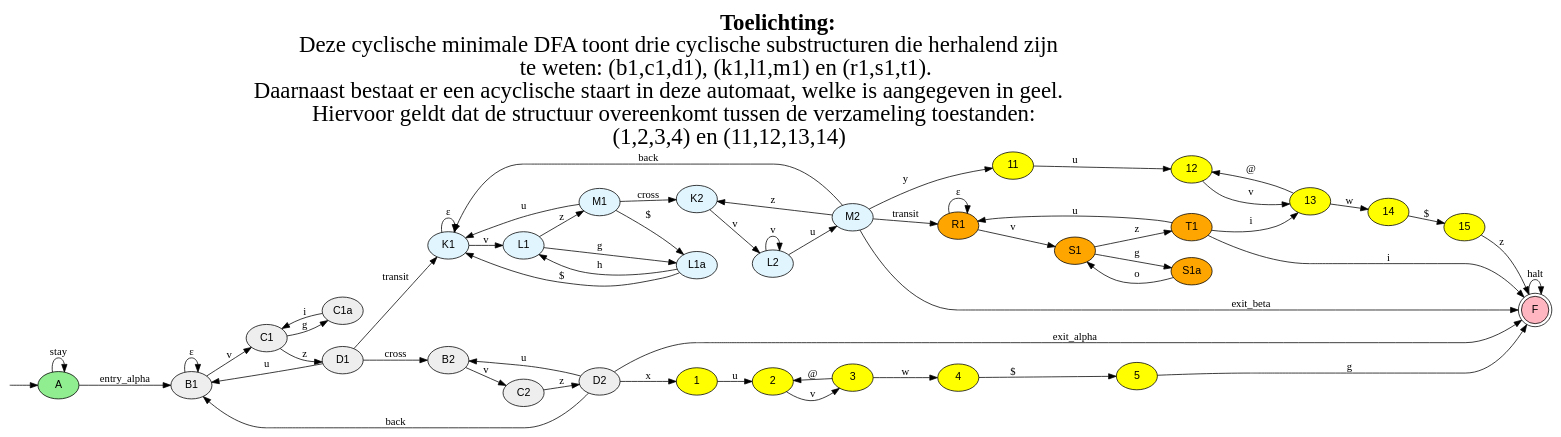
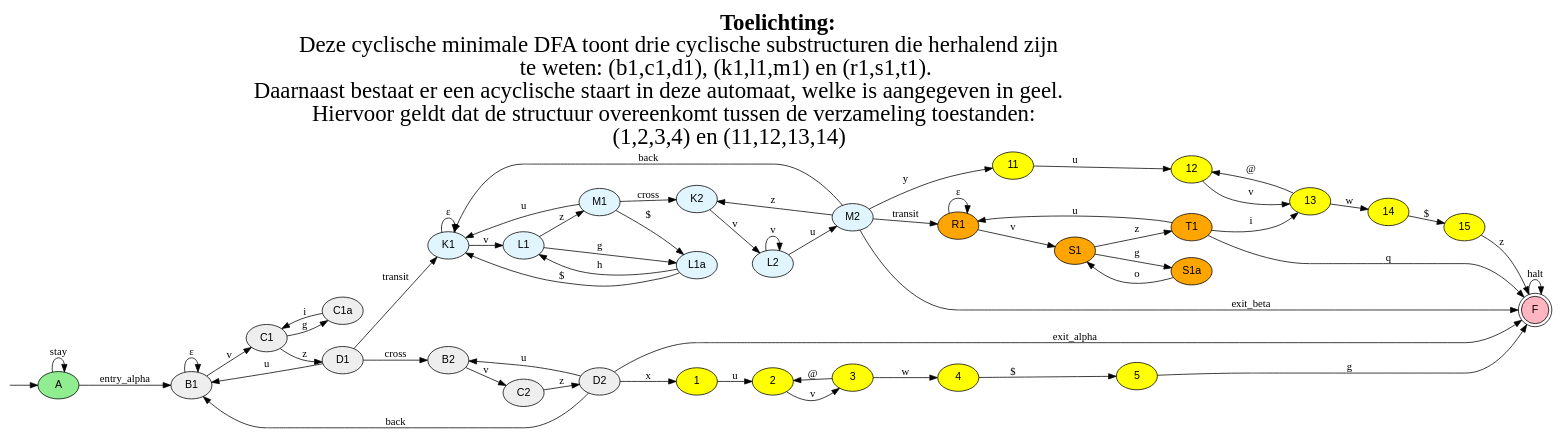
One commit to katsmil/dfa-to-fdfa changed the diagram in Input/test_automata/deel_4.dot. Above: the diagram before and after it, drawn with Graphviz.

Commit message:
Fix: deterministic character restored for deel_4.dot

```diff
--- a/Input/test_automata/deel_4.dot
+++ b/Input/test_automata/deel_4.dot
@@ -1,112 +1,112 @@
 digraph G {
     label=<
     <b>Toelichting:</b><br/>
     Deze cyclische minimale DFA toont drie cyclische substructuren die herhalend zijn<br/>
     te weten: (b1,c1,d1), (k1,l1,m1) en (r1,s1,t1).<br/>
     Daarnaast bestaat er een acyclische staart in deze automaat, welke is aangegeven in geel.<br/>
     Hiervoor geldt dat de structuur overeenkomt tussen de verzameling toestanden:<br/>
     (1,2,3,4) en (11,12,13,14)
     
   >;
   labelloc="t";
   fontsize=30;
 
   rankdir=LR;
   node [fontname="Arial", style=filled]; // Standaard stijl voor alle knopen
 
   __start0 [label="" shape=none width=0 height=0];
   __start0 -> A;
   A [fillcolor=lightgreen];
   F [shape=doublecircle, fillcolor=lightpink];
 
 
   // --- REGIO ALPHA (Grijze tint) ---
   node [fillcolor="#eeeeee"]; 
   a_B1 [label="B1"]; a_C1 [label="C1"]; a_D1 [label="D1"];
   a_B2 [label="B2"]; a_C2 [label="C2"]; a_D2 [label="D2"];
   a_C1a [label="C1a"]
 
   a_B1 -> a_C1 [label="v"];
   a_C1 -> a_D1 [label="z"];
   a_C1 -> a_C1a [label="g"];
   a_C1a -> a_C1 [label="i"];
   a_D1 -> a_B1 [label="u"];
   
   a_B2 -> a_C2 [label="v"];
   a_C2 -> a_D2 [label="z"];
   a_D2 -> a_B2 [label="u"];
 
   a_D1 -> a_B2 [label="cross"];
   a_D2 -> a_B1 [label="back"];
   a_B1 -> a_B1 [label="ε"];
 
   // --- REGIO BETA (Blauwe tint) ---
   node [fillcolor="#e1f5fe"];
   b_K1 [label="K1"]; b_L1 [label="L1"]; b_M1 [label="M1"];
   b_K2 [label="K2"]; b_L2 [label="L2"]; b_M2 [label="M2"];
   b_L1a [label="L1a"]
 
   b_K1 -> b_L1 [label="v"];
   b_L1 -> b_M1 [label="z"];
   b_L1 -> b_L1a [label="g"];
   b_L1a -> b_L1 [label="h"];
   b_L1a -> b_K1 [label="$"];
   b_M1 -> b_K1 [label="u"];
   b_M1 -> b_L1a [label="$"];
   
   b_K2 -> b_L2 [label="v"];
   b_L2 -> b_M2 [label="u"];
   b_M2 -> b_K2 [label="z"];
 
   b_M1 -> b_K2 [label="cross"];
   b_M2 -> b_K1 [label="back"];
   b_K1 -> b_K1 [label="ε"];
   b_L2 -> b_L2 [label="v"];
  
   
   // --- REGIO CHARLIE (Oranje tint) ---
   node [fillcolor="#FFA500"];
   b_M2 -> c_R1 [label="transit"];
   c_R1 [label="R1"]; c_S1 [label="S1"]; c_T1 [label="T1"];
   c_S1a [label="S1a"]
   c_R1 -> c_R1 [label="ε"]
   c_R1 -> c_S1 [label="v"];
   c_S1 -> c_T1 [label="z"];
   c_S1 -> c_S1a [label="g"];
   c_S1a -> c_S1 [label="o"];
   c_T1 -> c_R1 [label="u"];
-  c_T1 -> F [label="i"];
+  c_T1 -> F [label="q"];
   
    
   // ---REGIO ACYCLISCH ---
   node [fillcolor="#FFFF00"];
   1; 2; 3; 4;5;
   11;12;13;14;15;
   1 -> 2 [label="u"];
   2 -> 3 [label="v"];
   3 -> 4 [label="w"];
   3 -> 2 [label="@"];
   4 -> 5 [label="$"];
   
   11 -> 12 [label="u"];
   12 -> 13 [label="v"];
   13 -> 14 [label="w"];
   13 -> 12 [label="@"];
   14 -> 15 [label="$"];
 
   c_T1 -> 13 [label="i"];
   // --- Verbindingen ---
   node [fillcolor=white]; // Reset kleur voor rest
   A -> a_B1 [label="entry_alpha"];
   a_D1 -> b_K1 [label="transit"];
   a_D2 -> F [label="exit_alpha"];
   a_D2 -> 1 [label="x"];
  
   15 -> F [label="z"];
   5 -> F [label="g"];
   
   b_M2 -> F [label="exit_beta"];
   b_M2 -> 11 [label="y"];
   A  -> A  [label="stay"];
   F  -> F  [label="halt"];
 }
```
